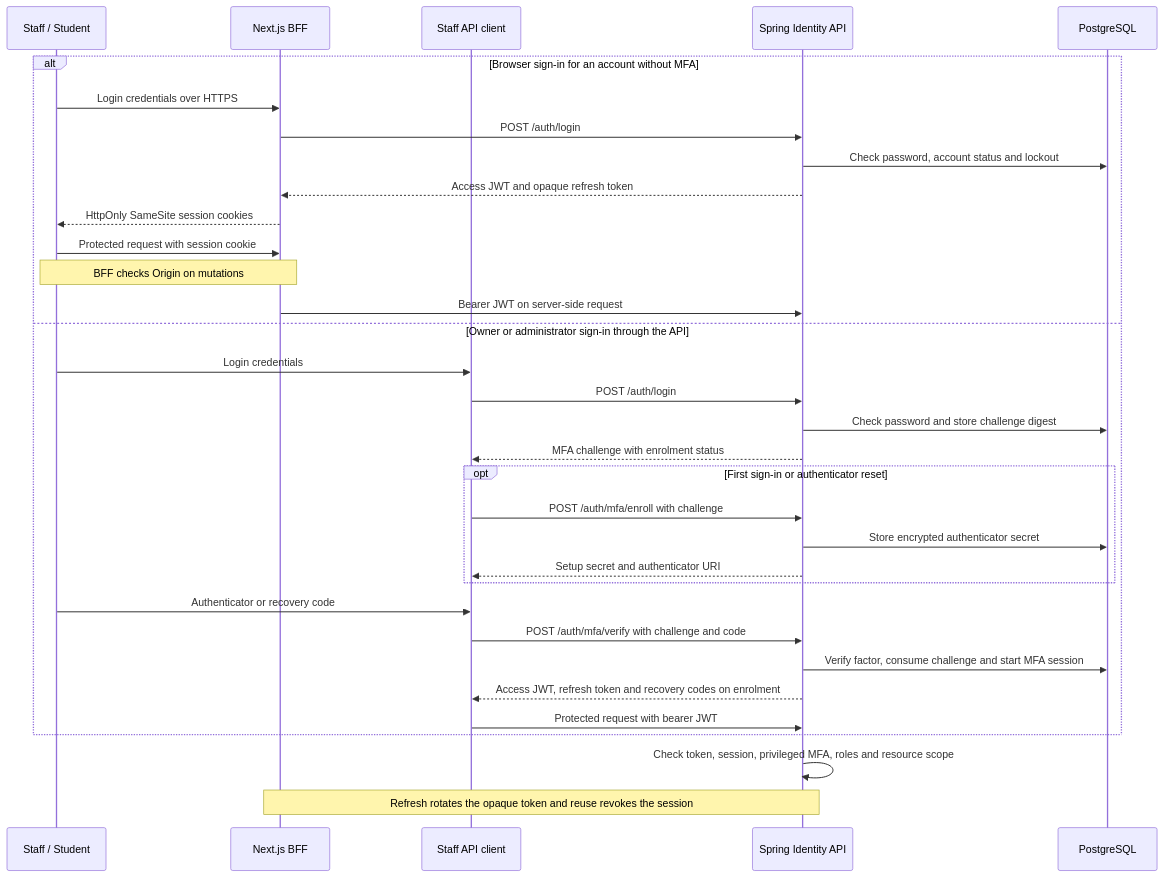
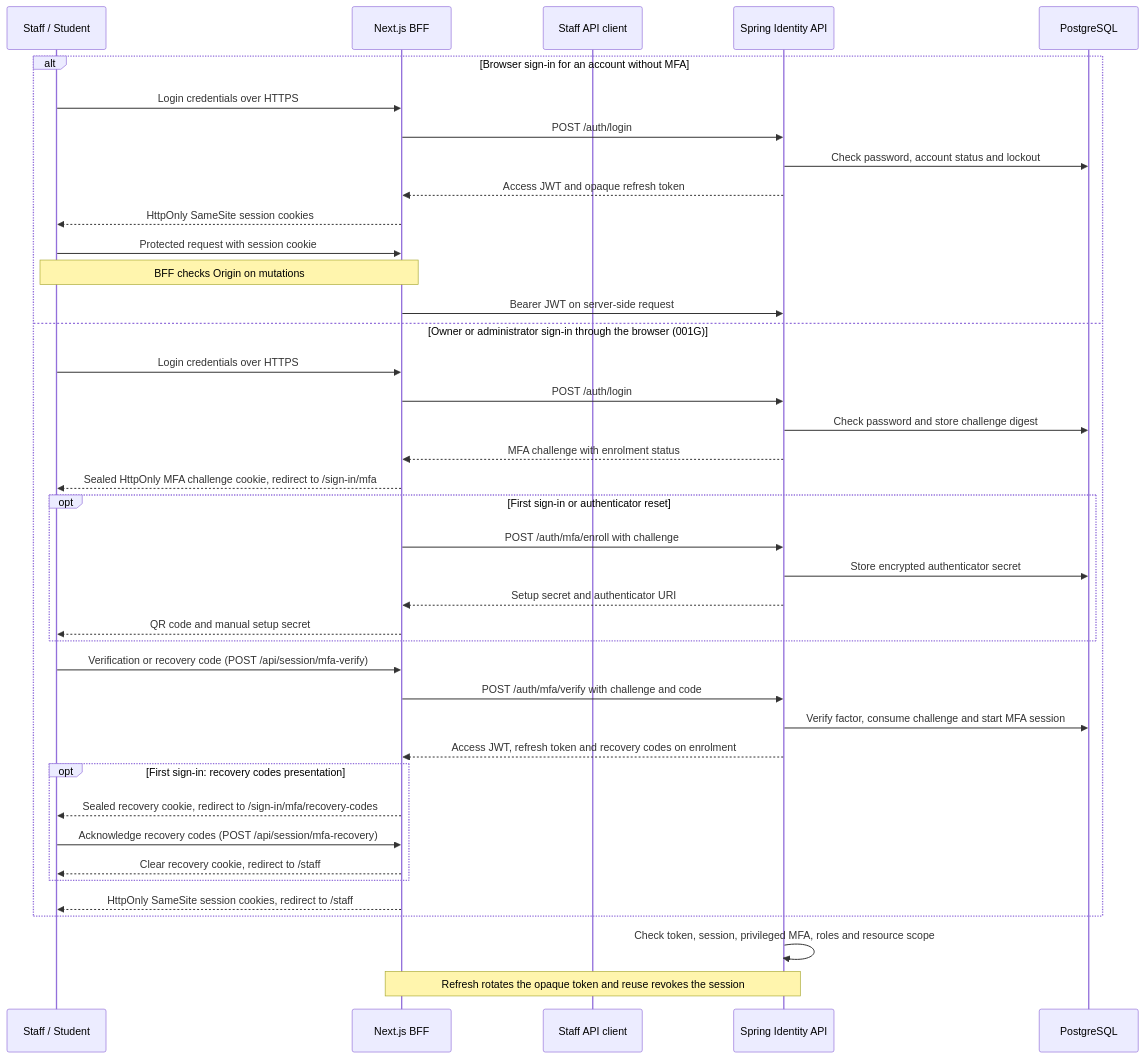
The diagram in docs/diagrams/auth-flow.mmd (Suthankan1/luma-pca), drawn with Mermaid before and after one commit. The commit also changed 5 other files, not shown here.

Commit message:
docs(auth): record browser MFA completion

```diff
--- a/docs/diagrams/auth-flow.mmd
+++ b/docs/diagrams/auth-flow.mmd
@@ -1,33 +1,40 @@
 sequenceDiagram
   participant User as Staff / Student
   participant BFF as Next.js BFF
   participant Client as Staff API client
   participant API as Spring Identity API
   participant DB as PostgreSQL
   alt Browser sign-in for an account without MFA
     User->>BFF: Login credentials over HTTPS
     BFF->>API: POST /auth/login
     API->>DB: Check password, account status and lockout
     API-->>BFF: Access JWT and opaque refresh token
     BFF-->>User: HttpOnly SameSite session cookies
     User->>BFF: Protected request with session cookie
     Note over User,BFF: BFF checks Origin on mutations
     BFF->>API: Bearer JWT on server-side request
-  else Owner or administrator sign-in through the API
-    User->>Client: Login credentials
-    Client->>API: POST /auth/login
+  else Owner or administrator sign-in through the browser (001G)
+    User->>BFF: Login credentials over HTTPS
+    BFF->>API: POST /auth/login
     API->>DB: Check password and store challenge digest
-    API-->>Client: MFA challenge with enrolment status
+    API-->>BFF: MFA challenge with enrolment status
+    BFF-->>User: Sealed HttpOnly MFA challenge cookie, redirect to /sign-in/mfa
     opt First sign-in or authenticator reset
-      Client->>API: POST /auth/mfa/enroll with challenge
+      BFF->>API: POST /auth/mfa/enroll with challenge
       API->>DB: Store encrypted authenticator secret
-      API-->>Client: Setup secret and authenticator URI
+      API-->>BFF: Setup secret and authenticator URI
+      BFF-->>User: QR code and manual setup secret
     end
-    User->>Client: Authenticator or recovery code
-    Client->>API: POST /auth/mfa/verify with challenge and code
+    User->>BFF: Verification or recovery code (POST /api/session/mfa-verify)
+    BFF->>API: POST /auth/mfa/verify with challenge and code
     API->>DB: Verify factor, consume challenge and start MFA session
-    API-->>Client: Access JWT, refresh token and recovery codes on enrolment
-    Client->>API: Protected request with bearer JWT
+    API-->>BFF: Access JWT, refresh token and recovery codes on enrolment
+    opt First sign-in: recovery codes presentation
+      BFF-->>User: Sealed recovery cookie, redirect to /sign-in/mfa/recovery-codes
+      User->>BFF: Acknowledge recovery codes (POST /api/session/mfa-recovery)
+      BFF-->>User: Clear recovery cookie, redirect to /staff
+    end
+    BFF-->>User: HttpOnly SameSite session cookies, redirect to /staff
   end
   API->>API: Check token, session, privileged MFA, roles and resource scope
   Note over BFF,API: Refresh rotates the opaque token and reuse revokes the session
```
